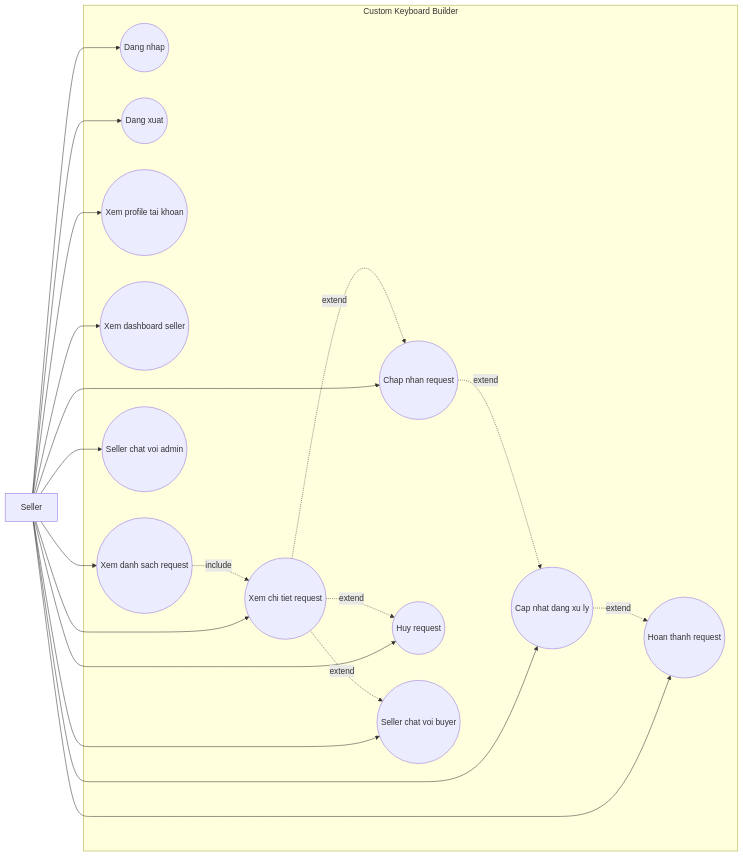
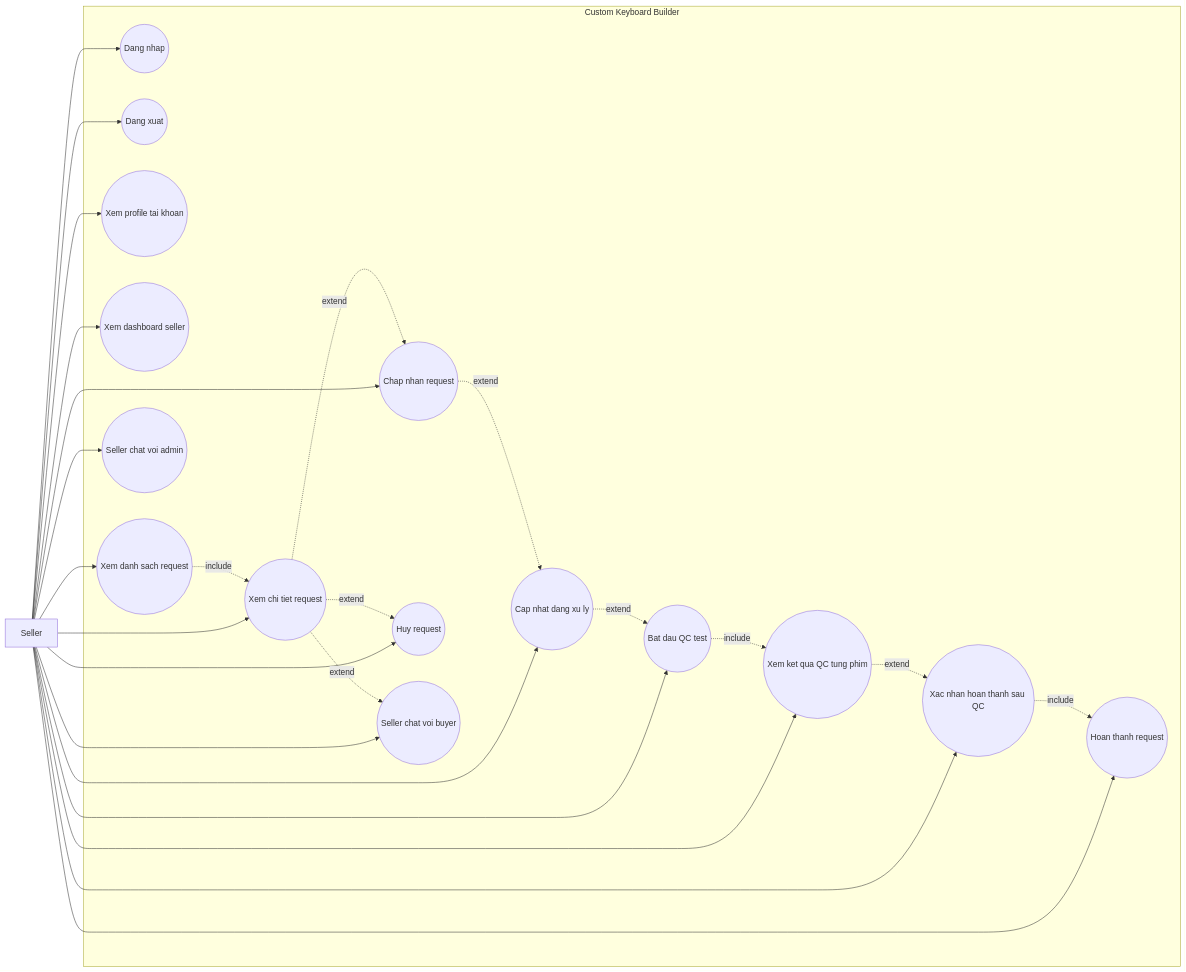
One commit to froynar/Custom_keyboard changed the second of 4 diagrams in Documents_Refactor/Custom_Keyboard_Use_Cases_Refactor.md. Above: the diagram before and after it, drawn with Mermaid. The commit also changed other lines of this file and 4 other files, not shown here.

Commit message:
đã thực hiện fix diagram, vẽ thì Activity diagram chỉ vẽ bản simplified

````diff
--- a/Documents_Refactor/Custom_Keyboard_Use_Cases_Refactor.md
+++ b/Documents_Refactor/Custom_Keyboard_Use_Cases_Refactor.md
@@ -131,40 +138,49 @@
 ```mermaid
 flowchart LR
     Seller["Seller"]
 
     subgraph System["Custom Keyboard Builder"]
         UC12(("Dang nhap"))
         UC13(("Dang xuat"))
         UC14(("Xem profile tai khoan"))
 
         UC31(("Xem dashboard seller"))
         UC32(("Xem danh sach request"))
         UC33(("Xem chi tiet request"))
         UC34(("Chap nhan request"))
         UC35(("Cap nhat dang xu ly"))
         UC36(("Hoan thanh request"))
         UC37(("Huy request"))
+        UC38(("Bat dau QC test"))
+        UC39(("Xem ket qua QC tung phim"))
+        UC310(("Xac nhan hoan thanh sau QC"))
         UC52(("Seller chat voi buyer"))
         UC53(("Seller chat voi admin"))
     end
 
     Seller --> UC12
     Seller --> UC13
     Seller --> UC14
     Seller --> UC31
     Seller --> UC32
     Seller --> UC33
     Seller --> UC34
     Seller --> UC35
     Seller --> UC36
     Seller --> UC37
+    Seller --> UC38
+    Seller --> UC39
+    Seller --> UC310
     Seller --> UC52
     Seller --> UC53
 
     UC32 -. include .-> UC33
     UC33 -. extend .-> UC34
     UC34 -. extend .-> UC35
-    UC35 -. extend .-> UC36
+    UC35 -. extend .-> UC38
+    UC38 -. include .-> UC39
+    UC39 -. extend .-> UC310
+    UC310 -. include .-> UC36
     UC33 -. extend .-> UC37
     UC33 -. extend .-> UC52
 ```
````
